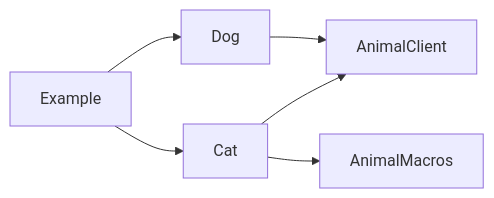
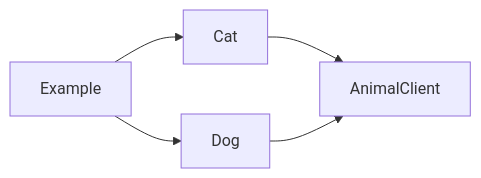
The first of 9 diagrams in README.md (daikimat/depermaid), drawn with Mermaid before and after one commit. The commit also changed other lines of this file and 1 other file, not shown here.

````diff
--- a/README.md
+++ b/README.md
@@ -39,9 +39,8 @@
 ```mermaid
 flowchart LR
     AnimalClient
     Cat-->AnimalClient
-    Cat-->AnimalMacros
     Dog-->AnimalClient
     Example-->Cat
     Example-->Dog
 ```
````
